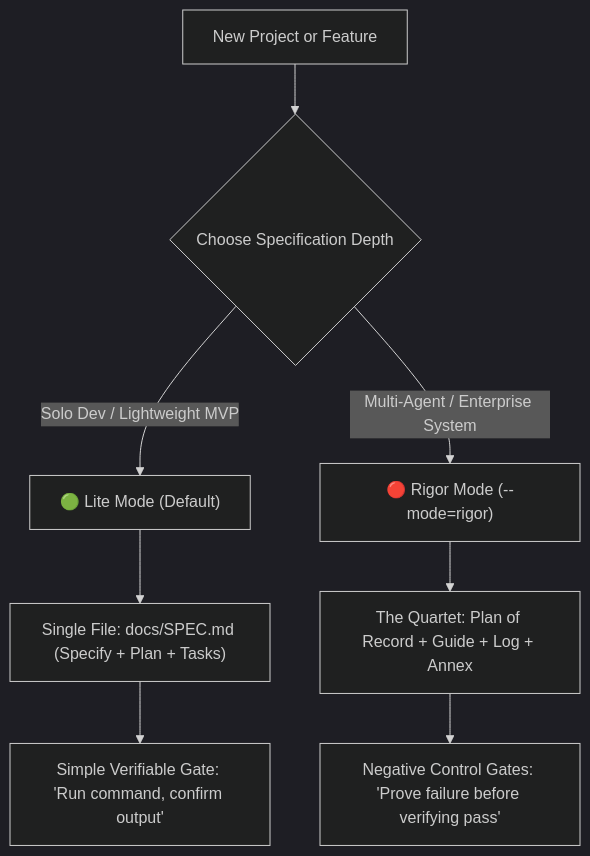
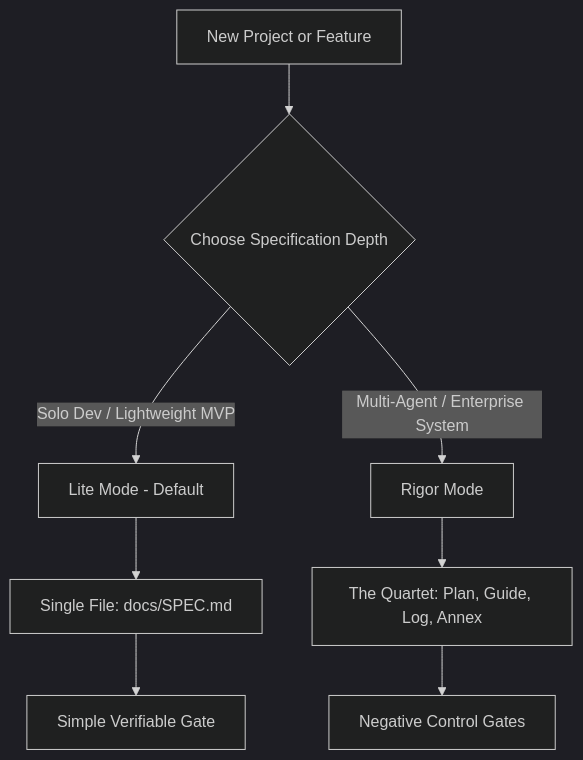
One commit to tBeltty/agentic-sdd-framework changed the second of 2 diagrams in README.md. Above: the diagram before and after it, drawn with Mermaid (dark theme). The commit also changed other lines of this file and 1 other file, not shown here.

Commit message:
fix: resolve mermaid github render syntax and ci git identity in quality gate

````diff
--- a/README.md
+++ b/README.md
@@ -36,10 +36,10 @@
 ```mermaid
-flowchart TD
-    A["New Project or Feature"] --> B{"Choose Specification Depth"}
-    B -- "Solo Dev / Lightweight MVP" --> C["🟢 Lite Mode (Default)"]
-    C --> C1["Single File: docs/SPEC.md (Specify + Plan + Tasks)"]
-    C1 --> C2["Simple Verifiable Gate: 'Run command, confirm output'"]
-    B -- "Multi-Agent / Enterprise System" --> D["🔴 Rigor Mode (--mode=rigor)"]
-    D --> D1["The Quartet: Plan of Record + Guide + Log + Annex"]
-    D1 --> D2["Negative Control Gates: 'Prove failure before verifying pass'"]
+graph TD
+    A[New Project or Feature] --> B{Choose Specification Depth}
+    B -->|Solo Dev / Lightweight MVP| C[Lite Mode - Default]
+    C --> C1[Single File: docs/SPEC.md]
+    C1 --> C2[Simple Verifiable Gate]
+    B -->|Multi-Agent / Enterprise System| D[Rigor Mode]
+    D --> D1[The Quartet: Plan, Guide, Log, Annex]
+    D1 --> D2[Negative Control Gates]
 ```
````
